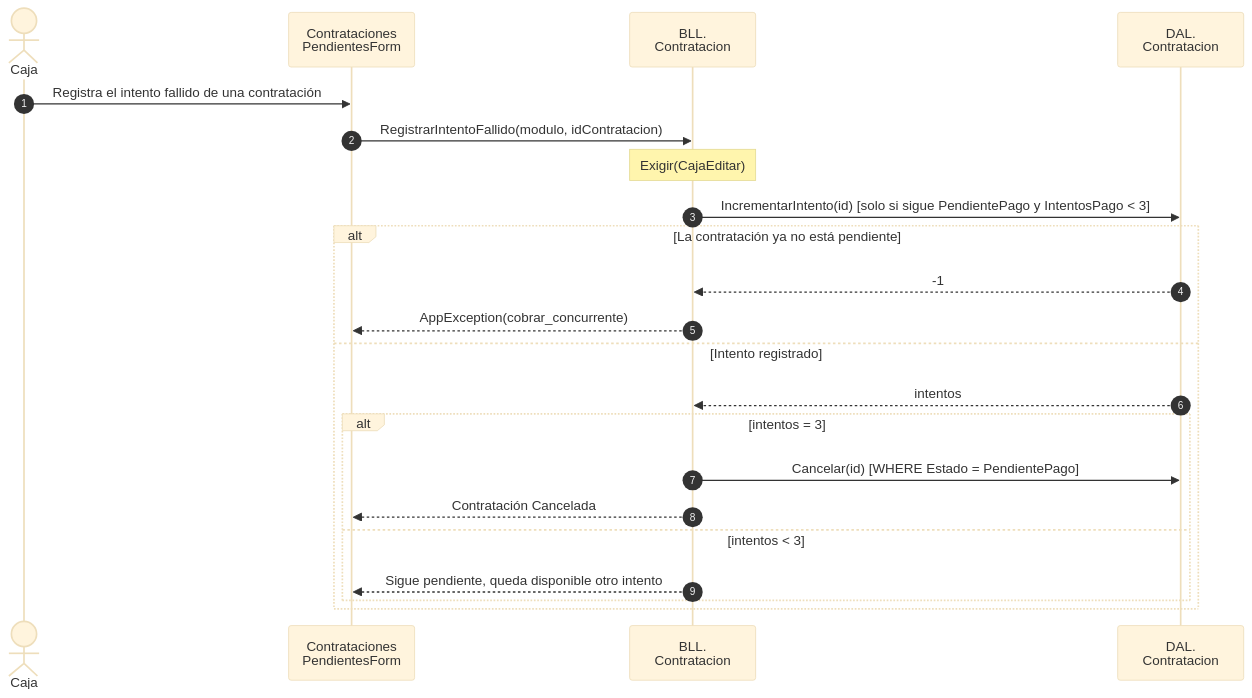
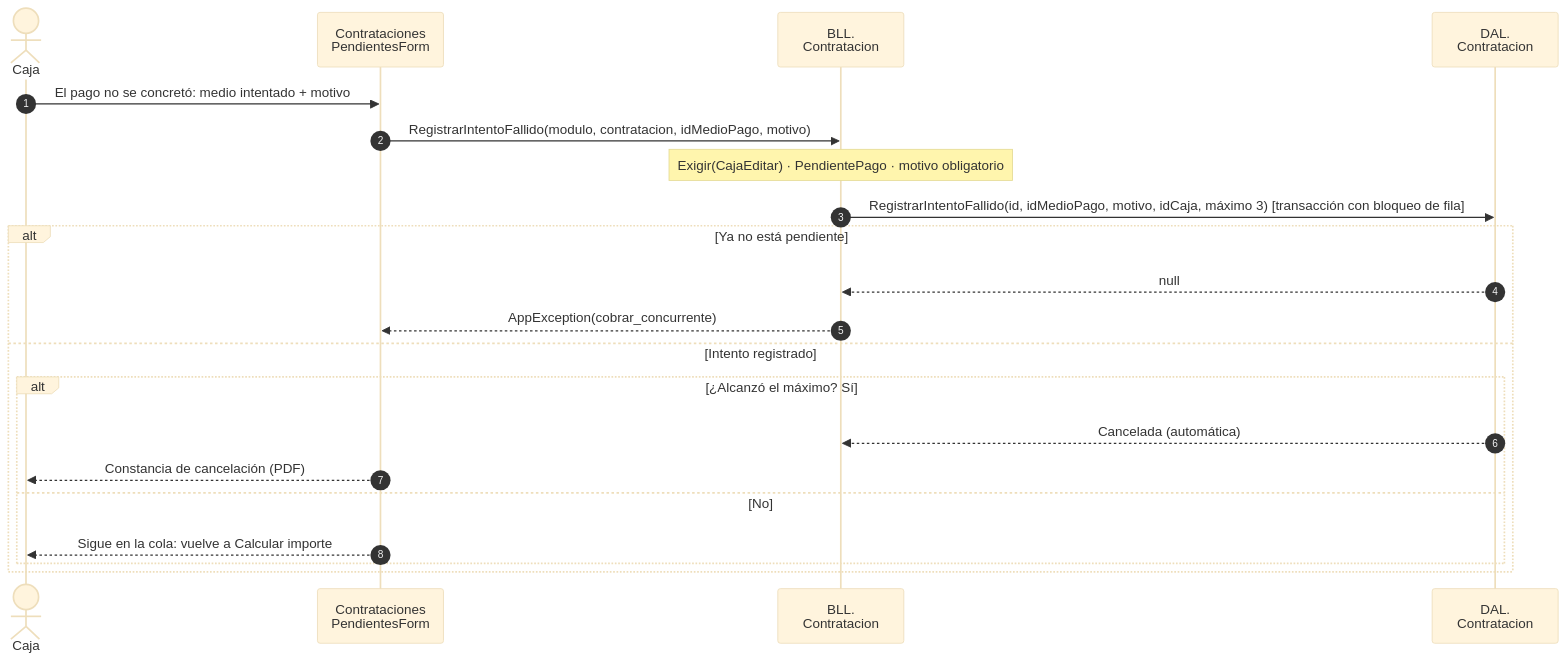
Before and after one commit to valentinamorana/Trabajo-de-Diploma: the diagram in docs/diagramas/mermaid/DSS_PN02_CU03_CAJ_CancelarContratacion.mmd, drawn with Mermaid (base theme). The commit also changed 89 other files, not shown here.

```diff
--- a/docs/diagramas/mermaid/DSS_PN02_CU03_CAJ_CancelarContratacion.mmd
+++ b/docs/diagramas/mermaid/DSS_PN02_CU03_CAJ_CancelarContratacion.mmd
@@ -1,22 +1,21 @@
 sequenceDiagram
   autonumber
   actor C as Caja
   participant F as Contrataciones<br/>PendientesForm
   participant B as BLL.<br/>Contratacion
   participant D as DAL.<br/>Contratacion
-  C->>F: Registra el intento fallido de una contratación
-  F->>B: RegistrarIntentoFallido(modulo, idContratacion)
-  Note over B: Exigir(CajaEditar)
-  B->>D: IncrementarIntento(id)  [solo si sigue PendientePago y IntentosPago < 3]
-  alt La contratación ya no está pendiente
-    D-->>B: -1
+  C->>F: El pago no se concretó: medio intentado + motivo
+  F->>B: RegistrarIntentoFallido(modulo, contratacion, idMedioPago, motivo)
+  Note over B: Exigir(CajaEditar) · PendientePago · motivo obligatorio
+  B->>D: RegistrarIntentoFallido(id, idMedioPago, motivo, idCaja, máximo 3)  [transacción con bloqueo de fila]
+  alt Ya no está pendiente
+    D-->>B: null
     B-->>F: AppException(cobrar_concurrente)
   else Intento registrado
-    D-->>B: intentos
-    alt intentos = 3
-      B->>D: Cancelar(id)  [WHERE Estado = PendientePago]
-      B-->>F: Contratación Cancelada
-    else intentos < 3
-      B-->>F: Sigue pendiente, queda disponible otro intento
+    alt ¿Alcanzó el máximo? Sí
+      D-->>B: Cancelada (automática)
+      F-->>C: Constancia de cancelación (PDF)
+    else No
+      F-->>C: Sigue en la cola: vuelve a Calcular importe
     end
   end
```
